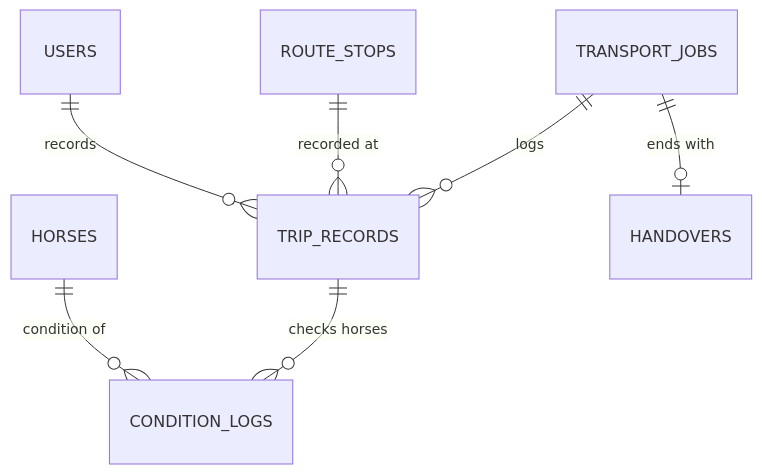
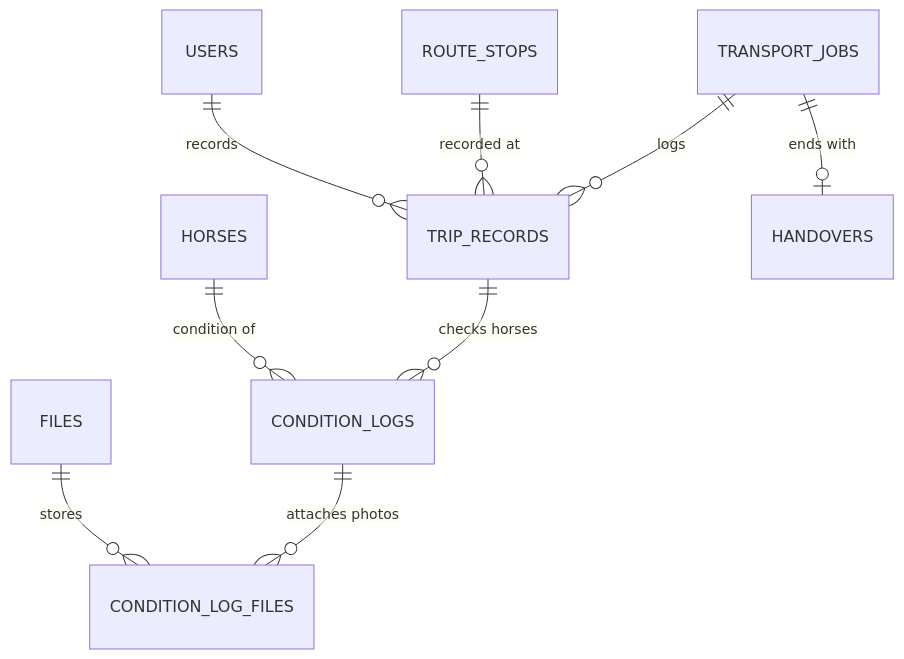
One commit to k-nero/cbrts changed the ninth of 11 diagrams in docs/database/database-design.md. Above: the diagram before and after it, drawn with Mermaid. The commit also changed other lines of this file and 29 other files, not shown here.

Commit message:
feat(flow4): implement trip tracking

````diff
--- a/docs/database/database-design.md
+++ b/docs/database/database-design.md
@@ -494,9 +494,11 @@
 ```mermaid
 erDiagram
   TRANSPORT_JOBS ||--o{ TRIP_RECORDS : logs
   ROUTE_STOPS ||--o{ TRIP_RECORDS : "recorded at"
   USERS ||--o{ TRIP_RECORDS : records
   TRIP_RECORDS ||--o{ CONDITION_LOGS : "checks horses"
   HORSES ||--o{ CONDITION_LOGS : "condition of"
+  CONDITION_LOGS ||--o{ CONDITION_LOG_FILES : "attaches photos"
+  FILES ||--o{ CONDITION_LOG_FILES : stores
   TRANSPORT_JOBS ||--o| HANDOVERS : "ends with"
 ```
````
